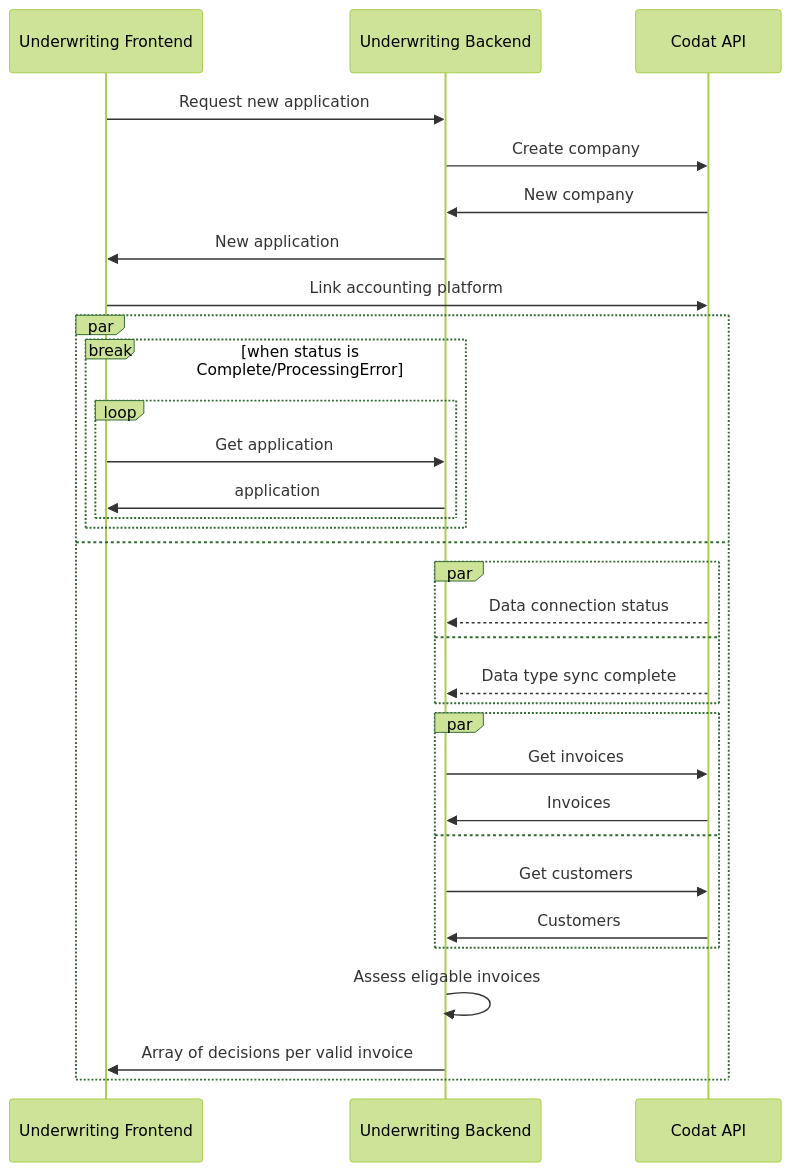
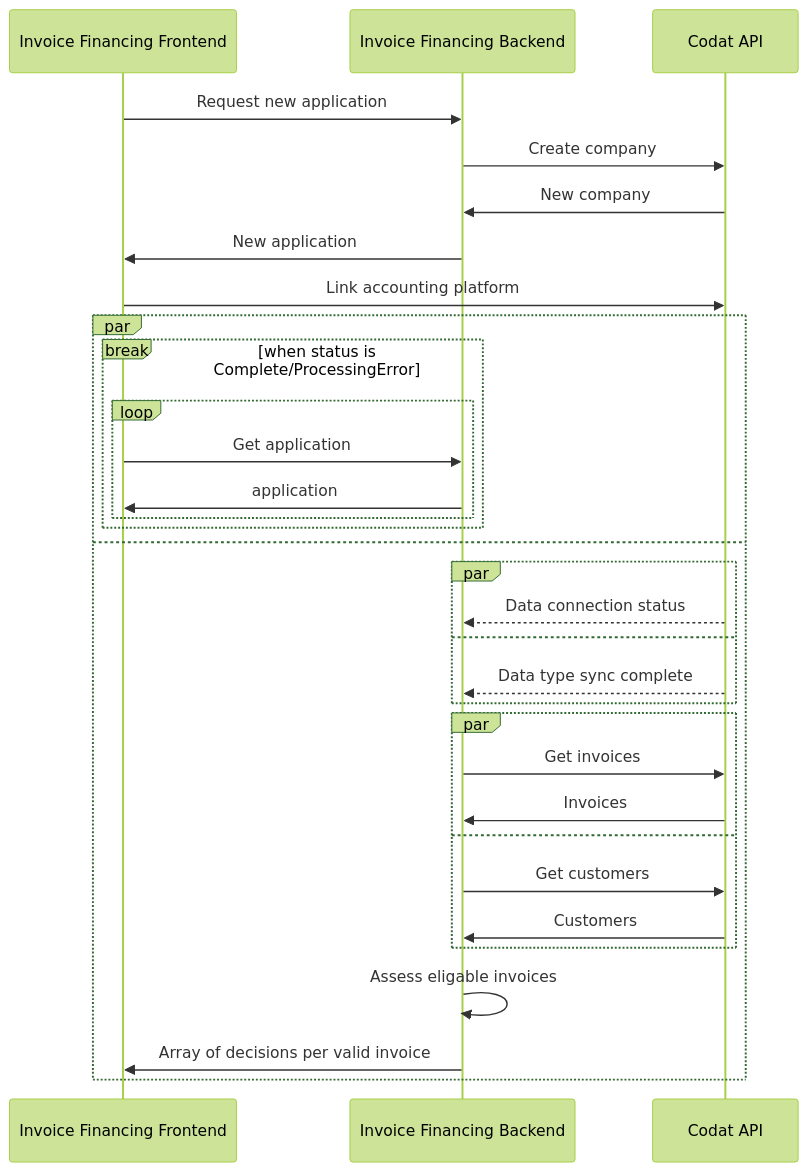
The diagram in docs/accounting-api/guides/invoice-finance/process-invoice.md (codatio/codat-docs), drawn with Mermaid (forest theme) before and after one commit. The commit also changed other lines of this file and 3 other files, not shown here.

````diff
--- a/docs/accounting-api/guides/invoice-finance/process-invoice.md
+++ b/docs/accounting-api/guides/invoice-finance/process-invoice.md
@@ -19,34 +19,34 @@
 ``` mermaid
   sequenceDiagram
-    participant frontend as Underwriting Frontend 
-    participant backend as Underwriting Backend 
+    participant frontend as Invoice Financing Frontend 
+    participant backend as Invoice Financing Backend 
     participant codat as Codat API
     frontend ->> backend: Request new application
     backend ->> codat: Create company
     codat ->> backend: New company
     backend ->> frontend: New application
     frontend ->> codat: Link accounting platform
     par
         break when status is Complete/ProcessingError
         loop
             frontend ->> backend: Get application
             backend ->> frontend: application
         end
         end
     and
         par 
             codat -->> backend: Data connection status 
         and 
             codat -->> backend: Data type sync complete
         end
         par
             backend ->> codat: Get invoices
             codat ->> backend: Invoices
         and
             backend ->> codat: Get customers
             codat ->> backend: Customers
         end
         backend ->> backend: Assess eligable invoices
         backend ->> frontend: Array of decisions per valid invoice
     end
 ```  
````
